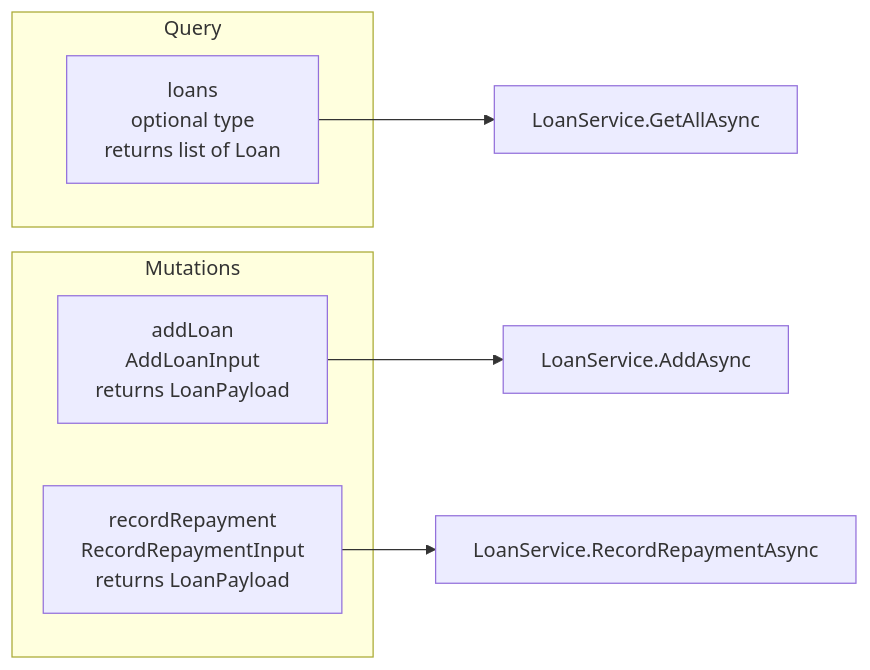
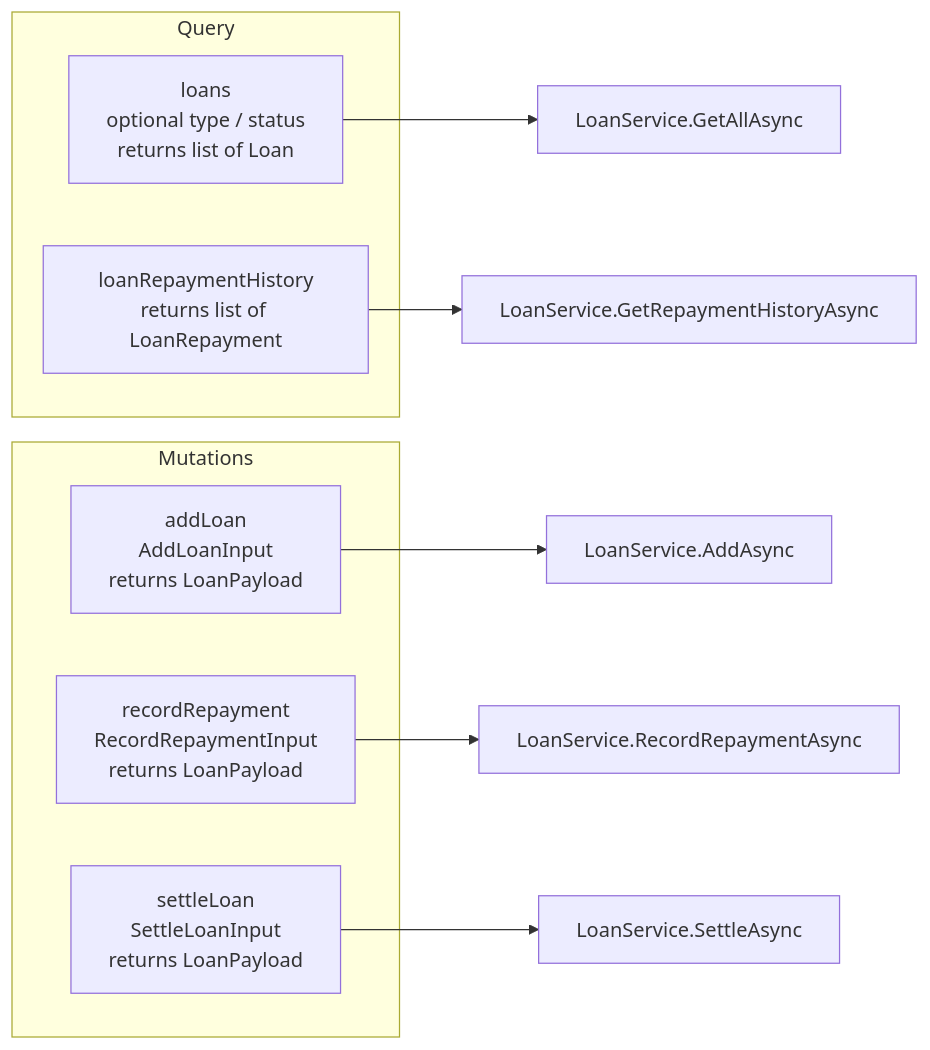
Before and after one commit to dev-personal-projects/vela: the ninth of 12 diagrams in docs/phases/PHASE-4-graphql-api.md, drawn with Mermaid. The commit also changed other lines of this file and 20 other files, not shown here.

First line of the commit message:
✨ feat: implement loan repayment features in GraphQL API

````diff
--- a/docs/phases/PHASE-4-graphql-api.md
+++ b/docs/phases/PHASE-4-graphql-api.md
@@ -220,15 +220,19 @@
 ```mermaid
 flowchart LR
     subgraph Query
-        QL[loans\noptional type\nreturns list of Loan]
+        QL[loans\noptional type / status\nreturns list of Loan]
+        QR[loanRepaymentHistory\nreturns list of LoanRepayment]
     end
 
     subgraph Mutations
         ML[addLoan\nAddLoanInput\nreturns LoanPayload]
         MR[recordRepayment\nRecordRepaymentInput\nreturns LoanPayload]
+        MSL[settleLoan\nSettleLoanInput\nreturns LoanPayload]
     end
 
     QL --> LS[LoanService.GetAllAsync]
+    QR --> LS4[LoanService.GetRepaymentHistoryAsync]
     ML --> LS2[LoanService.AddAsync]
     MR --> LS3[LoanService.RecordRepaymentAsync]
+    MSL --> LS5[LoanService.SettleAsync]
 ```
````
